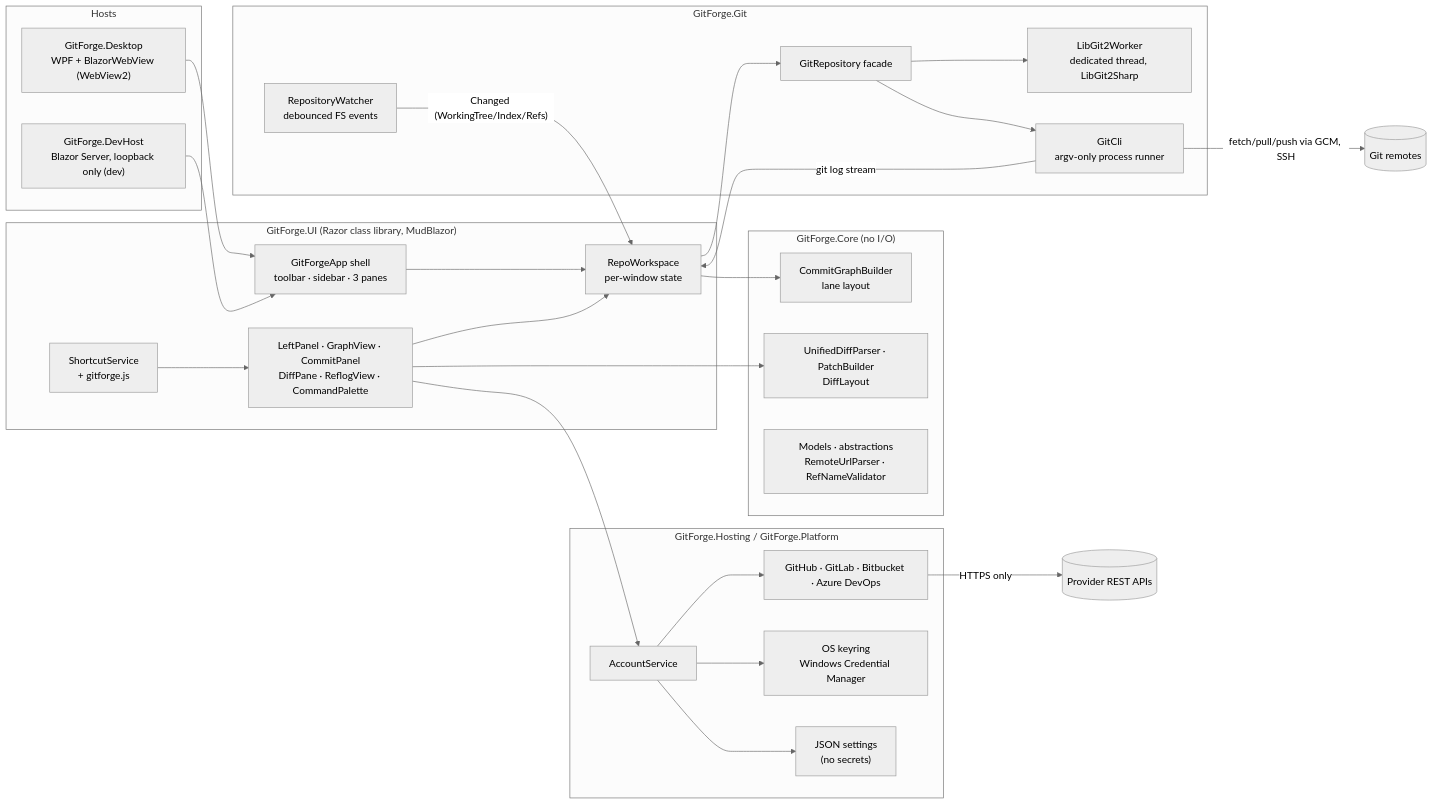
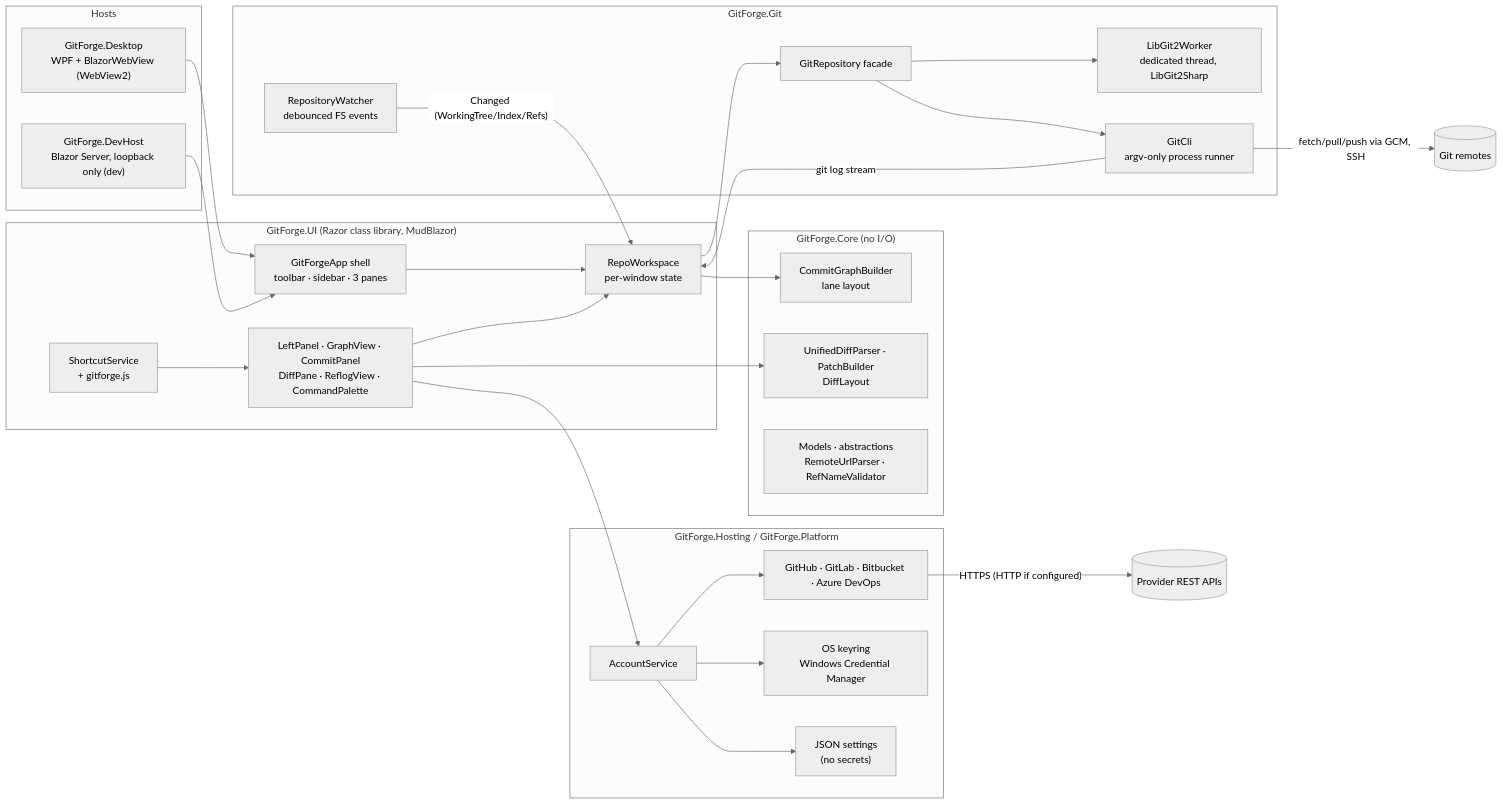
Before and after one commit to finepointcgi/GitForge: the diagram in docs/ARCHITECTURE.md, drawn with Mermaid (neutral theme). The commit also changed other lines of this file and 17 other files, not shown here.

````diff
--- a/docs/ARCHITECTURE.md
+++ b/docs/ARCHITECTURE.md
@@ -9,53 +9,53 @@
 ```mermaid
 flowchart LR
     subgraph Hosts
         WPF["GitForge.Desktop<br/>WPF + BlazorWebView (WebView2)"]
         DEV["GitForge.DevHost<br/>Blazor Server, loopback only (dev)"]
     end
 
     subgraph UI["GitForge.UI (Razor class library, MudBlazor)"]
         Shell["GitForgeApp shell<br/>toolbar · sidebar · 3 panes"]
         WS["RepoWorkspace<br/>per-window state"]
         KB["ShortcutService<br/>+ gitforge.js"]
         Views["LeftPanel · GraphView · CommitPanel<br/>DiffPane · ReflogView · CommandPalette"]
     end
 
     subgraph Core["GitForge.Core (no I/O)"]
         Graph["CommitGraphBuilder<br/>lane layout"]
         Diff["UnifiedDiffParser · PatchBuilder<br/>DiffLayout"]
         Models["Models · abstractions<br/>RemoteUrlParser · RefNameValidator"]
     end
 
     subgraph Git["GitForge.Git"]
         Repo["GitRepository facade"]
         Lib["LibGit2Worker<br/>dedicated thread, LibGit2Sharp"]
         Cli["GitCli<br/>argv-only process runner"]
         Watch["RepositoryWatcher<br/>debounced FS events"]
     end
 
     subgraph Ext["GitForge.Hosting / GitForge.Platform"]
         Acc["AccountService"]
         Prov["GitHub · GitLab · Bitbucket · Azure DevOps"]
         Keyring["OS keyring<br/>Windows Credential Manager"]
         Settings["JSON settings<br/>(no secrets)"]
     end
 
     WPF --> Shell
     DEV --> Shell
     Shell --> WS
     KB --> Views
     Views --> WS
     WS --> Repo
     WS --> Graph
     Views --> Diff
     Repo --> Lib
     Repo --> Cli
     Watch -- "Changed (WorkingTree/Index/Refs)" --> WS
     Cli -- "git log stream" --> WS
     Views --> Acc
     Acc --> Prov
     Acc --> Keyring
     Acc --> Settings
-    Prov -- HTTPS only --> API[("Provider REST APIs")]
+    Prov -- "HTTPS (HTTP if configured)" --> API[("Provider REST APIs")]
     Cli -- "fetch/pull/push via GCM, SSH" --> Remote[("Git remotes")]
 ```
````
